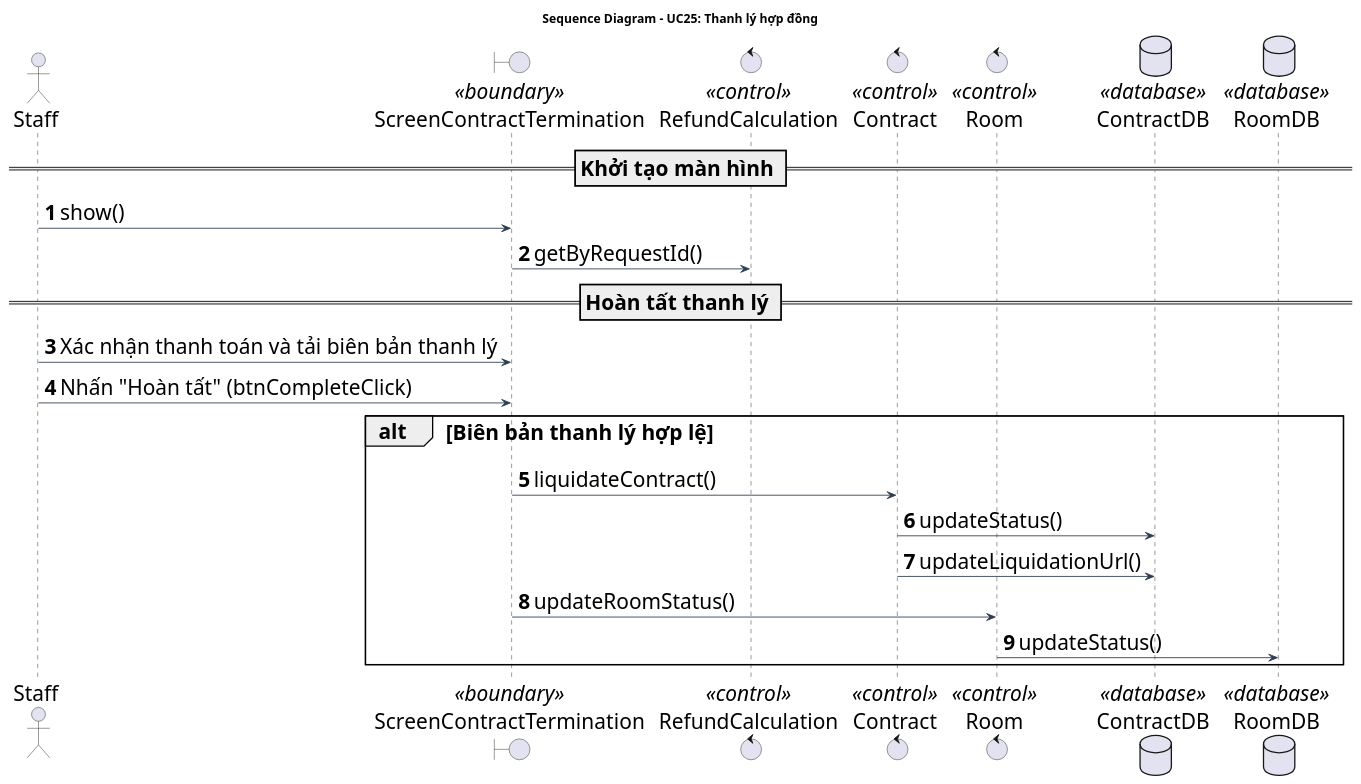
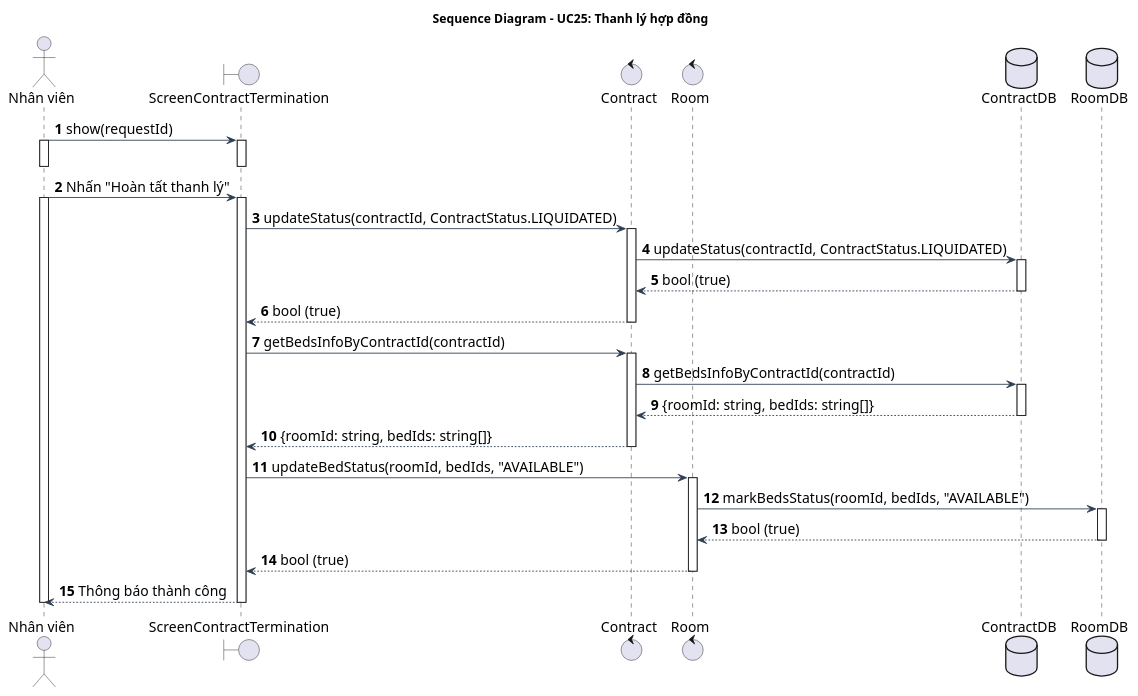
The diagram in doc/system/thanh_ly_hop_dong/ThanhLyHopDong_SequenceDiagram.wsd (Gnourt812005/HCMUS-Analyze-and-desgin-IS), drawn with PlantUML before and after one commit. The commit also changed 9 other files, not shown here.

Commit message:
quangdo/diagrams: reviewed diagrams

```diff
--- a/doc/system/thanh_ly_hop_dong/ThanhLyHopDong_SequenceDiagram.wsd
+++ b/doc/system/thanh_ly_hop_dong/ThanhLyHopDong_SequenceDiagram.wsd
@@ -1,40 +1,62 @@
 @startuml ThanhLyHopDong_SequenceDiagram
 title Sequence Diagram - UC25: Thanh lý hợp đồng
 
 skinparam {
     BackgroundColor White
     ArrowColor #2D3E50
     DefaultFontName "Arial"
-    DefaultFontSize 24
-    ParticipantPadding 20
+    DefaultFontSize 16
+    ParticipantPadding 15
 }
-
-actor "Staff" as NV
-boundary "ScreenContractTermination" as Screen <<boundary>>
-control "RefundCalculation" as Calc <<control>>
-control "Contract" as Contract <<control>>
-control "Room" as Room <<control>>
-database "ContractDB" as ContractDB <<database>>
-database "RoomDB" as RoomDB <<database>>
 
 autonumber
 
-== Khởi tạo màn hình ==
-NV -> Screen: show()
-Screen -> Calc: getByRequestId()
+actor "Nhân viên" as nv
+boundary "ScreenContractTermination" as screen
+control "Contract" as contract
+control "Room" as room
+database "ContractDB" as contractDb
+database "RoomDB" as roomDb
 
-== Hoàn tất thanh lý ==
-NV -> Screen: Xác nhận thanh toán và tải biên bản thanh lý
-NV -> Screen: Nhấn "Hoàn tất" (btnCompleteClick)
+nv -> screen: show(requestId)
+activate nv
+deactivate nv
+activate screen
+deactivate screen
 
-alt Biên bản thanh lý hợp lệ
-    Screen -> Contract: liquidateContract()
-    Contract -> ContractDB: updateStatus()
-    Contract -> ContractDB: updateLiquidationUrl()
+nv -> screen: Nhấn "Hoàn tất thanh lý"
+activate nv
+activate screen
 
-    Screen -> Room: updateRoomStatus()
-    Room -> RoomDB: updateStatus()
-    
-end
+screen -> contract: updateStatus(contractId, ContractStatus.LIQUIDATED)
+activate contract
+contract -> contractDb: updateStatus(contractId, ContractStatus.LIQUIDATED)
+activate contractDb
+contractDb --> contract: bool (true)
+deactivate contractDb
+contract --> screen: bool (true)
+deactivate contract
+
+screen -> contract: getBedsInfoByContractId(contractId)
+activate contract
+contract -> contractDb: getBedsInfoByContractId(contractId)
+activate contractDb
+contractDb --> contract: {roomId: string, bedIds: string[]}
+deactivate contractDb
+contract --> screen: {roomId: string, bedIds: string[]}
+deactivate contract
+
+screen -> room: updateBedStatus(roomId, bedIds, "AVAILABLE")
+activate room
+room -> roomDb: markBedsStatus(roomId, bedIds, "AVAILABLE")
+activate roomDb
+roomDb --> room: bool (true)
+deactivate roomDb
+room --> screen: bool (true)
+deactivate room
+
+screen --> nv: Thông báo thành công
+deactivate screen
+deactivate nv
 
 @enduml
```
